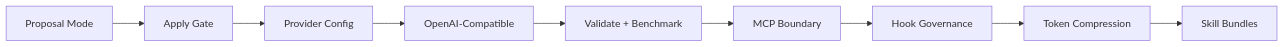
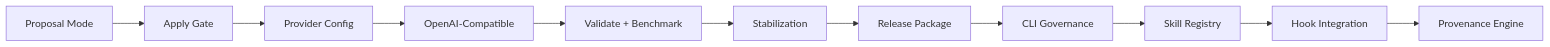
The second of 7 diagrams in README.md (ProfRandom92/comptext-cli), drawn with Mermaid before and after one commit. The commit also changed other lines of this file and 8 other files, not shown here.

Commit message:
Prepare MVP release package (Phase 11)

````diff
--- a/README.md
+++ b/README.md
@@ -120,11 +122,13 @@
 ```mermaid
 flowchart LR
     P5[Proposal Mode] --> P6[Apply Gate]
     P6 --> P7[Provider Config]
     P7 --> P8[OpenAI-Compatible]
     P8 --> P9[Validate + Benchmark]
-    P9 --> P10[MCP Boundary]
-    P10 --> P11[Hook Governance]
-    P11 --> P12[Token Compression]
-    P12 --> P13[Skill Bundles]
+    P9 --> P10[Stabilization]
+    P10 --> P11[Release Package]
+    P11 --> P12[CLI Governance]
+    P12 --> P13[Skill Registry]
+    P13 --> P14[Hook Integration]
+    P14 --> P15[Provenance Engine]
 ```
````
